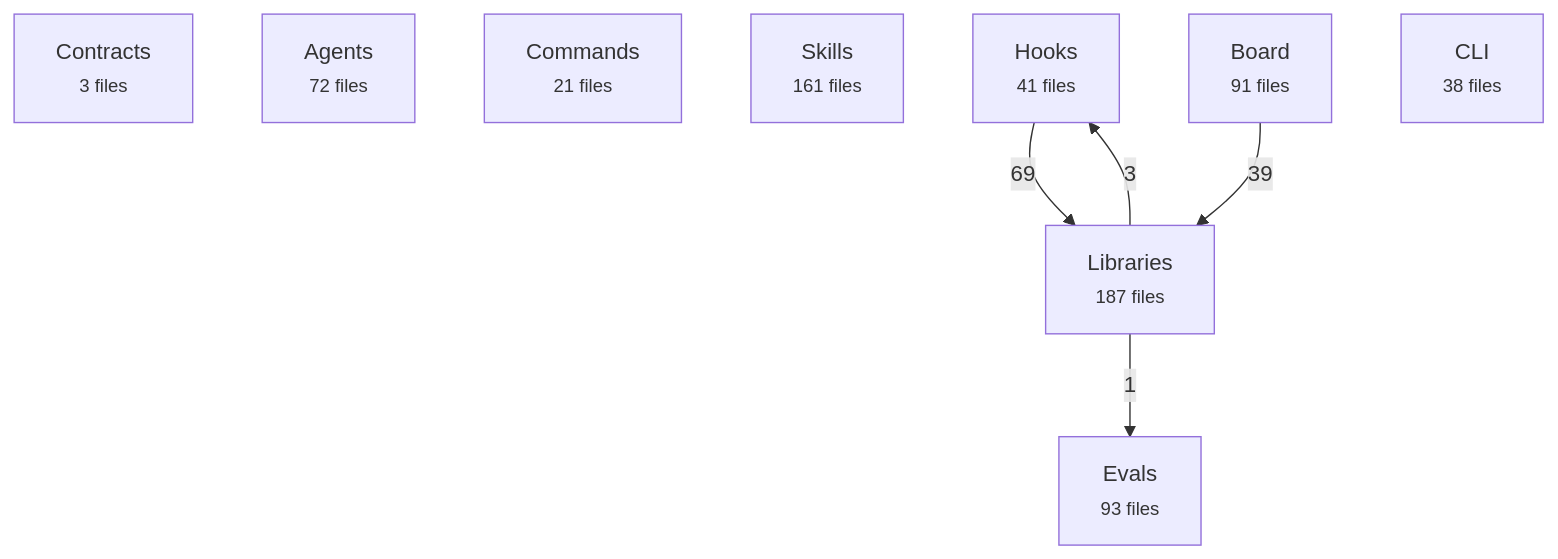
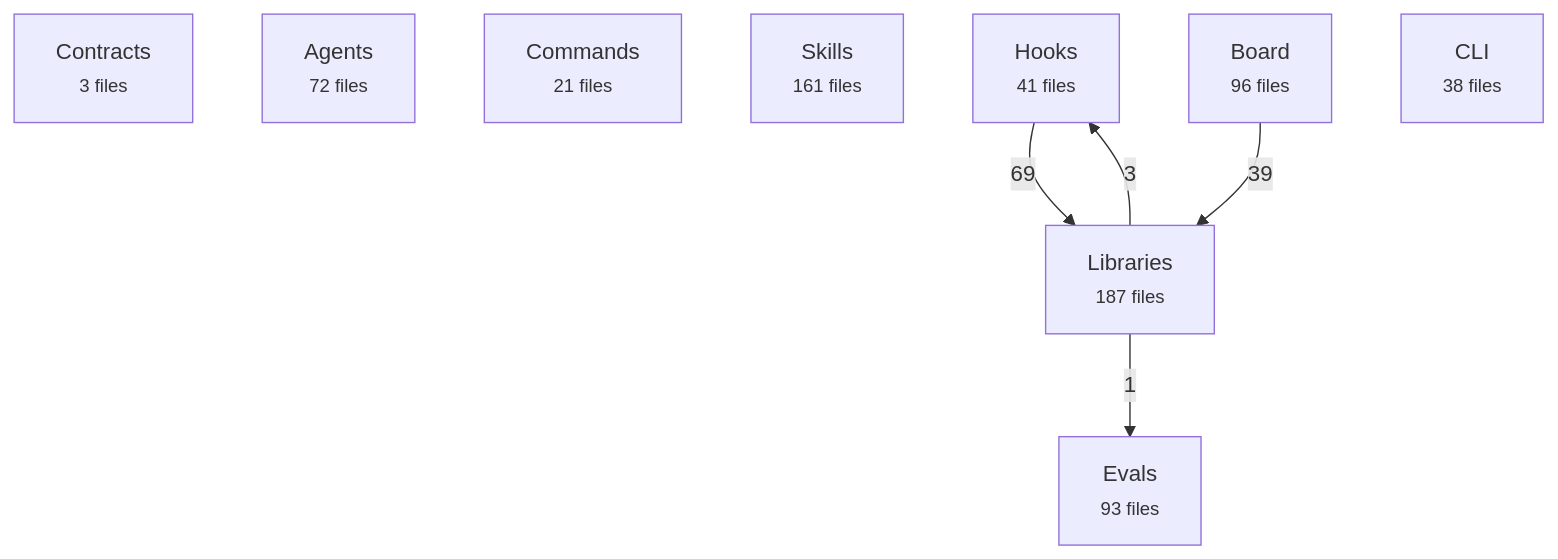
One commit to avelikiy/great_cto changed the first of 2 diagrams in docs/reference/architecture-map.md. Above: the diagram before and after it, drawn with Mermaid. The commit also changed other lines of this file, not shown here.

Commit message:
docs(board): regenerate architecture map after Skills tests

````diff
--- a/docs/reference/architecture-map.md
+++ b/docs/reference/architecture-map.md
@@ -20,16 +20,16 @@
 ```mermaid
 flowchart TD
   contracts["Contracts<br/><small>3 files</small>"]
   agents["Agents<br/><small>72 files</small>"]
   commands["Commands<br/><small>21 files</small>"]
   skills["Skills<br/><small>161 files</small>"]
   hooks["Hooks<br/><small>41 files</small>"]
   libs["Libraries<br/><small>187 files</small>"]
-  board["Board<br/><small>91 files</small>"]
+  board["Board<br/><small>96 files</small>"]
   cli["CLI<br/><small>38 files</small>"]
   evals["Evals<br/><small>93 files</small>"]
   hooks -->|69| libs
   board -->|39| libs
   libs -->|3| hooks
   libs -->|1| evals
 ```
````
